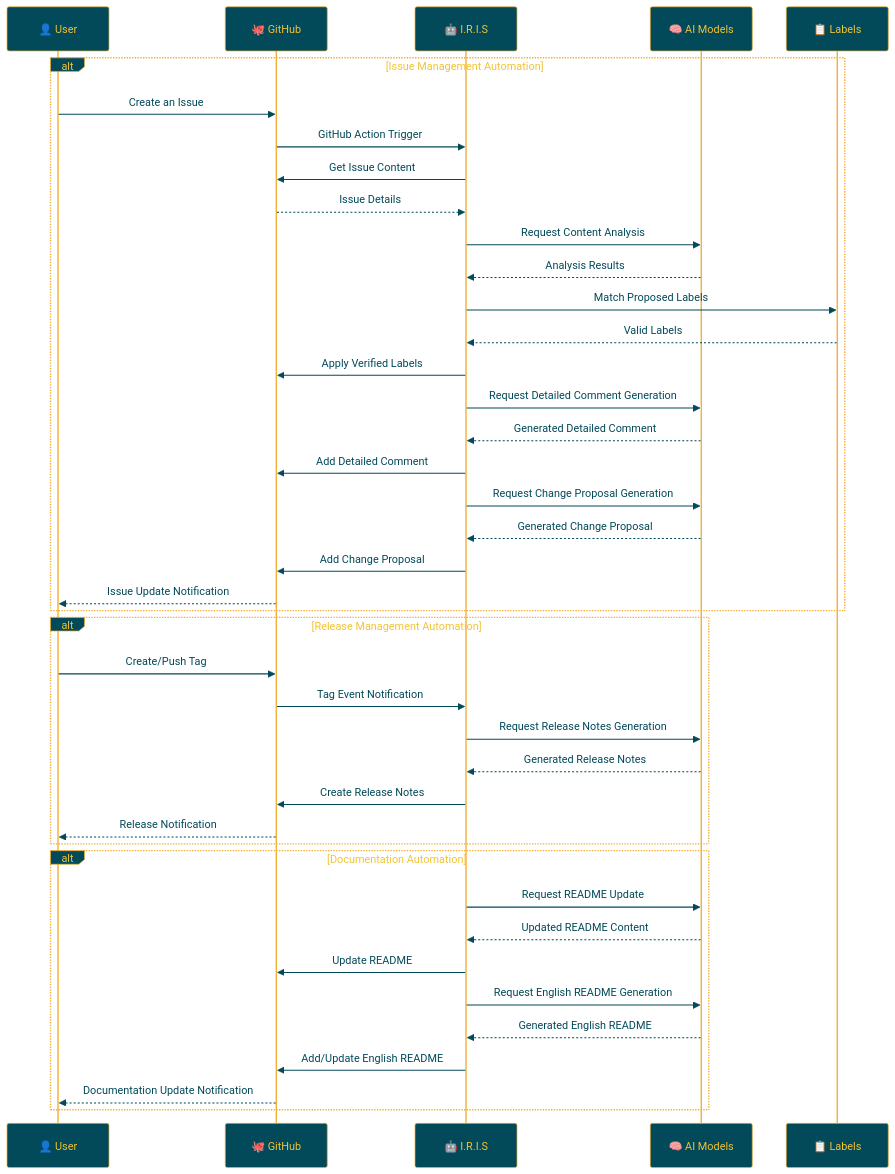
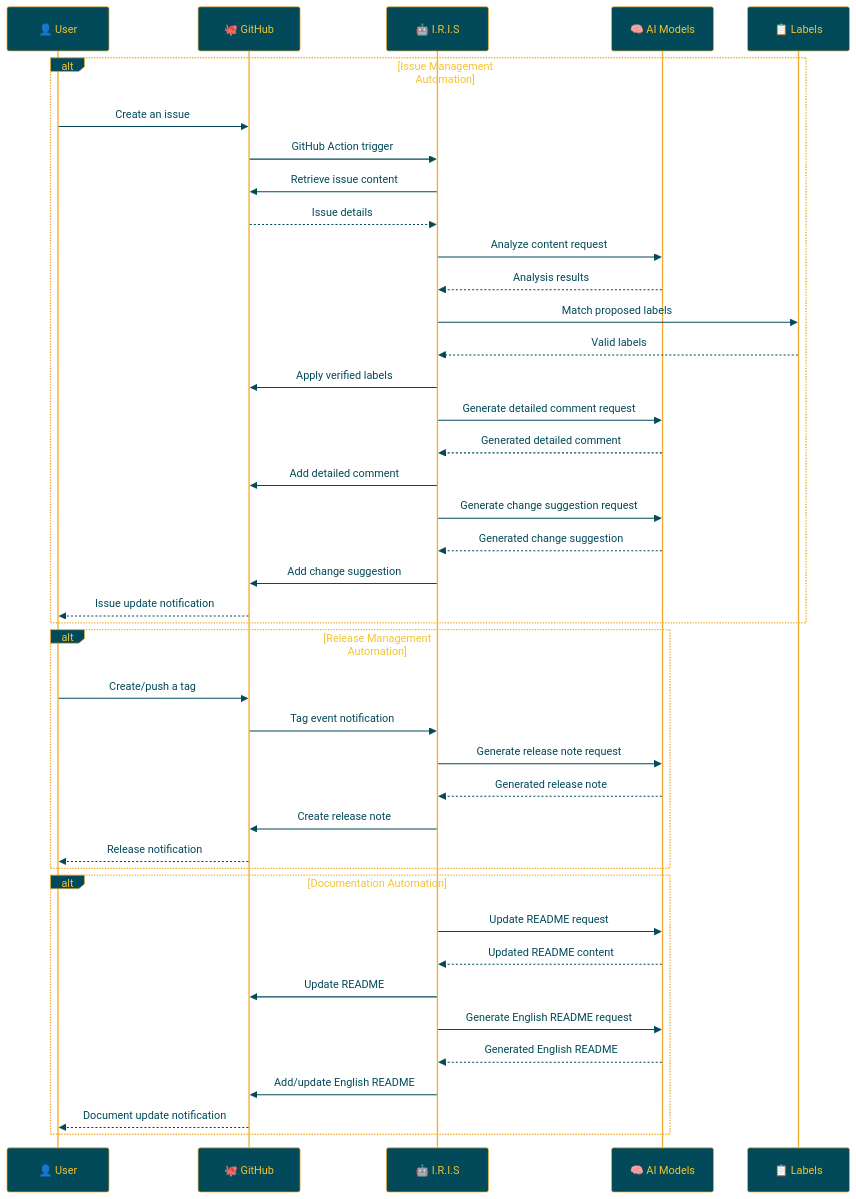
One commit to Sunwood-ai-labs/IRIS changed the diagram in docs/README.en.md. Above: the diagram before and after it, drawn with Mermaid. The commit also changed other lines of this file, not shown here.

````diff
--- a/docs/README.en.md
+++ b/docs/README.en.md
@@ -283,48 +284,48 @@
 ```mermaid
 %%{init:{'theme':'base','themeVariables':{'primaryColor':'#024959','primaryTextColor':'#F2C335','primaryBorderColor':'#F2AE30','lineColor':'#A1A2A6','secondaryColor':'#593E25','tertiaryColor':'#F2C335','noteTextColor':'#024959','noteBkgColor':'#F2C335','textColor':'#024959','fontSize':'18px'}}}%%
 
 sequenceDiagram
     participant User as 👤 User
     participant GitHub as 🐙 GitHub
     participant IRIS as 🤖 I.R.I.S
     participant AI as 🧠 AI Models
     participant Labels as 📋 Labels
 
     alt Issue Management Automation
-        User->>GitHub: Create an Issue
-        GitHub->>IRIS: GitHub Action Trigger
-        IRIS->>GitHub: Get Issue Content
-        GitHub-->>IRIS: Issue Details
-        IRIS->>AI: Request Content Analysis
-        AI-->>IRIS: Analysis Results
-        IRIS->>Labels: Match Proposed Labels
-        Labels-->>IRIS: Valid Labels
-        IRIS->>GitHub: Apply Verified Labels
-        IRIS->>AI: Request Detailed Comment Generation
-        AI-->>IRIS: Generated Detailed Comment
-        IRIS->>GitHub: Add Detailed Comment
-        IRIS->>AI: Request Change Proposal Generation
-        AI-->>IRIS: Generated Change Proposal
-        IRIS->>GitHub: Add Change Proposal
-        GitHub-->>User: Issue Update Notification
+        User->>GitHub: Create an issue
+        GitHub->>IRIS: GitHub Action trigger
+        IRIS->>GitHub: Retrieve issue content
+        GitHub-->>IRIS: Issue details
+        IRIS->>AI: Analyze content request
+        AI-->>IRIS: Analysis results
+        IRIS->>Labels: Match proposed labels
+        Labels-->>IRIS: Valid labels
+        IRIS->>GitHub: Apply verified labels
+        IRIS->>AI: Generate detailed comment request
+        AI-->>IRIS: Generated detailed comment
+        IRIS->>GitHub: Add detailed comment
+        IRIS->>AI: Generate change suggestion request
+        AI-->>IRIS: Generated change suggestion
+        IRIS->>GitHub: Add change suggestion
+        GitHub-->>User: Issue update notification
     end
 
     alt Release Management Automation
-        User->>GitHub: Create/Push Tag
-        GitHub->>IRIS: Tag Event Notification
-        IRIS->>AI: Request Release Notes Generation
-        AI-->>IRIS: Generated Release Notes
-        IRIS->>GitHub: Create Release Notes
-        GitHub-->>User: Release Notification
+        User->>GitHub: Create/push a tag
+        GitHub->>IRIS: Tag event notification
+        IRIS->>AI: Generate release note request
+        AI-->>IRIS: Generated release note
+        IRIS->>GitHub: Create release note
+        GitHub-->>User: Release notification
     end
 
     alt Documentation Automation
-        IRIS->>AI: Request README Update
-        AI-->>IRIS: Updated README Content
+        IRIS->>AI: Update README request
+        AI-->>IRIS: Updated README content
         IRIS->>GitHub: Update README
-        IRIS->>AI: Request English README Generation
+        IRIS->>AI: Generate English README request
         AI-->>IRIS: Generated English README
-        IRIS->>GitHub: Add/Update English README
-        GitHub-->>User: Documentation Update Notification
+        IRIS->>GitHub: Add/update English README
+        GitHub-->>User: Document update notification
     end
 ```
````
